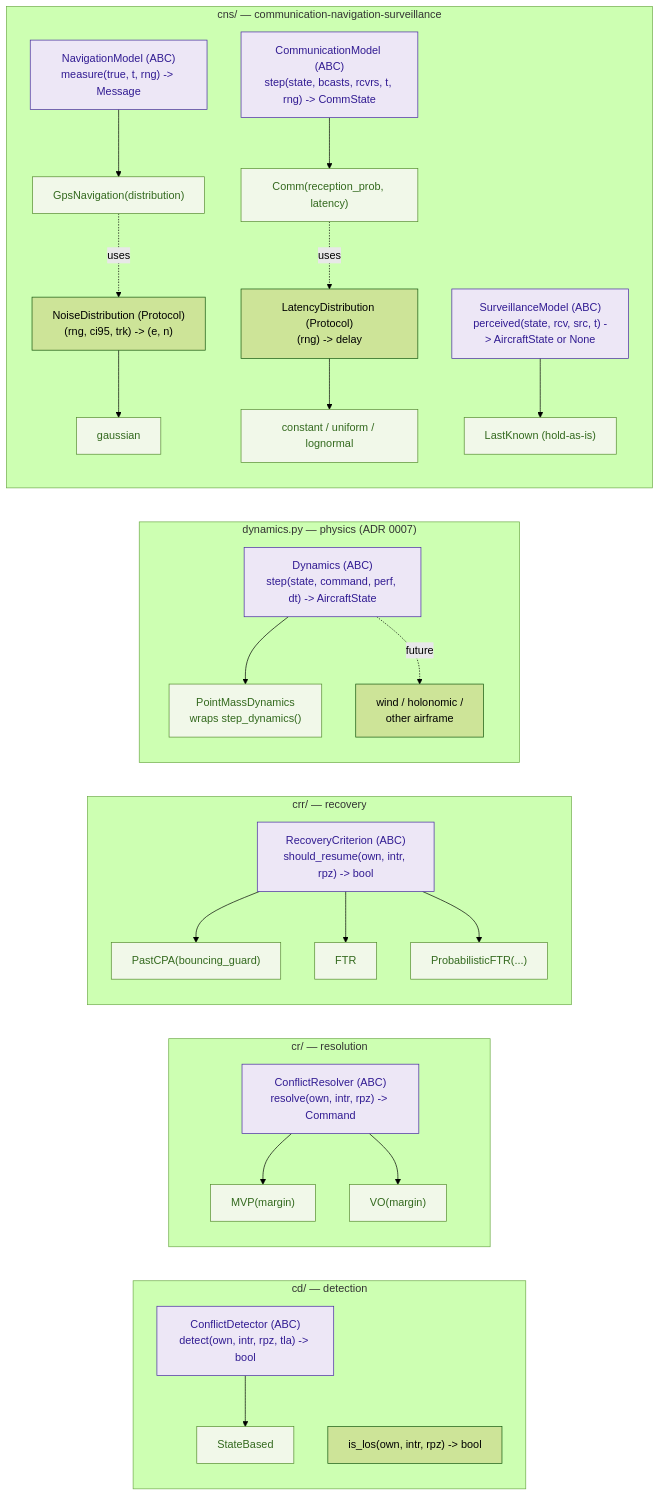
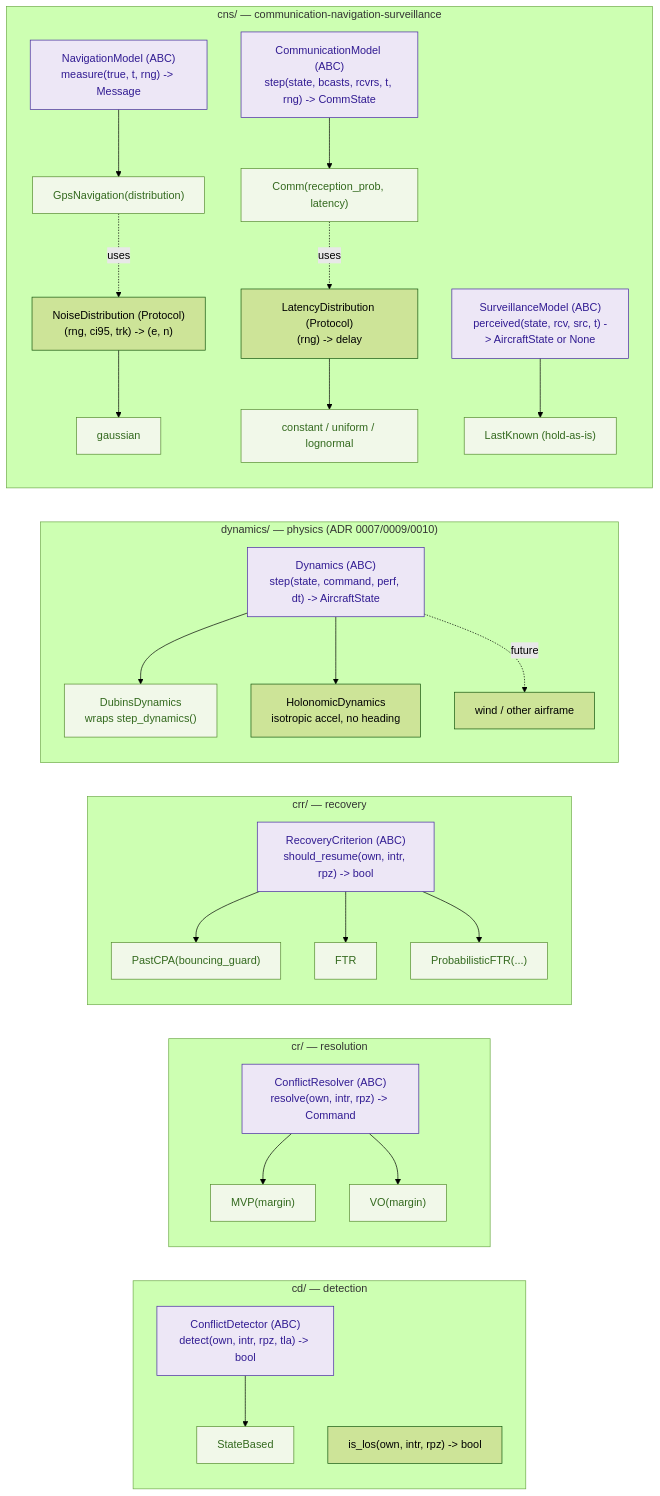
The third of 4 diagrams in vault/architecture-dataflow.md (fazlurnu/OpenCDaRR), drawn with Mermaid (forest theme) before and after one commit. The commit also changed other lines of this file and 10 other files, not shown here.

````diff
--- a/vault/architecture-dataflow.md
+++ b/vault/architecture-dataflow.md
@@ -161,44 +161,45 @@
 ```mermaid
 flowchart LR
     subgraph CDf["cd/ — detection"]
         CDABC["ConflictDetector (ABC)<br/>detect(own, intr, rpz, tla) -> bool"]
         SB["StateBased"]
         ISLOS["is_los(own, intr, rpz) -> bool"]
         CDABC --> SB
     end
     subgraph CRf["cr/ — resolution"]
         CRABC["ConflictResolver (ABC)<br/>resolve(own, intr, rpz) -> Command"]
         CRABC --> MVPn["MVP(margin)"]
         CRABC --> VOn["VO(margin)"]
     end
     subgraph CRRf["crr/ — recovery"]
         CRRABC["RecoveryCriterion (ABC)<br/>should_resume(own, intr, rpz) -> bool"]
         CRRABC --> PC["PastCPA(bouncing_guard)"]
         CRRABC --> FTRn["FTR"]
         CRRABC --> PFTR["ProbabilisticFTR(...)"]
     end
-    subgraph DYNf["dynamics.py — physics (ADR 0007)"]
+    subgraph DYNf["dynamics/ — physics (ADR 0007/0009/0010)"]
         DABC["Dynamics (ABC)<br/>step(state, command, perf, dt) -> AircraftState"]
-        DABC --> PMD["PointMassDynamics<br/>wraps step_dynamics()"]
-        DABC -. future .-> WIND["wind / holonomic /<br/>other airframe"]
+        DABC --> PMD["DubinsDynamics<br/>wraps step_dynamics()"]
+        DABC --> HOLO["HolonomicDynamics<br/>isotropic accel, no heading"]
+        DABC -. future .-> WIND["wind / other airframe"]
     end
     subgraph CNSf["cns/ — communication-navigation-surveillance"]
         NAVABC["NavigationModel (ABC)<br/>measure(true, t, rng) -> Message"]
         NAVABC --> GPS["GpsNavigation(distribution)"]
         NDP["NoiseDistribution (Protocol)<br/>(rng, ci95, trk) -> (e, n)"]
         NDP --> GAUSS["gaussian"]
         GPS -. uses .-> NDP
         COMMABC["CommunicationModel (ABC)<br/>step(state, bcasts, rcvrs, t, rng) -> CommState"]
         COMMABC --> COMMc["Comm(reception_prob, latency)"]
         LDP["LatencyDistribution (Protocol)<br/>(rng) -> delay"]
         LDP --> LATc["constant / uniform / lognormal"]
         COMMc -. uses .-> LDP
         SURVABC["SurveillanceModel (ABC)<br/>perceived(state, rcv, src, t) -> AircraftState or None"]
         SURVABC --> LK["LastKnown (hold-as-is)"]
     end
 
     classDef abc fill:#ede7f6,stroke:#4527a0,color:#311b92
     classDef impl fill:#f1f8e9,stroke:#558b2f,color:#33691e
     class CDABC,CRABC,CRRABC,DABC,NAVABC,COMMABC,SURVABC abc
     class SB,MVPn,VOn,PC,FTRn,PFTR,PMD,GPS,GAUSS,COMMc,LATc,LK impl
 ```
````
